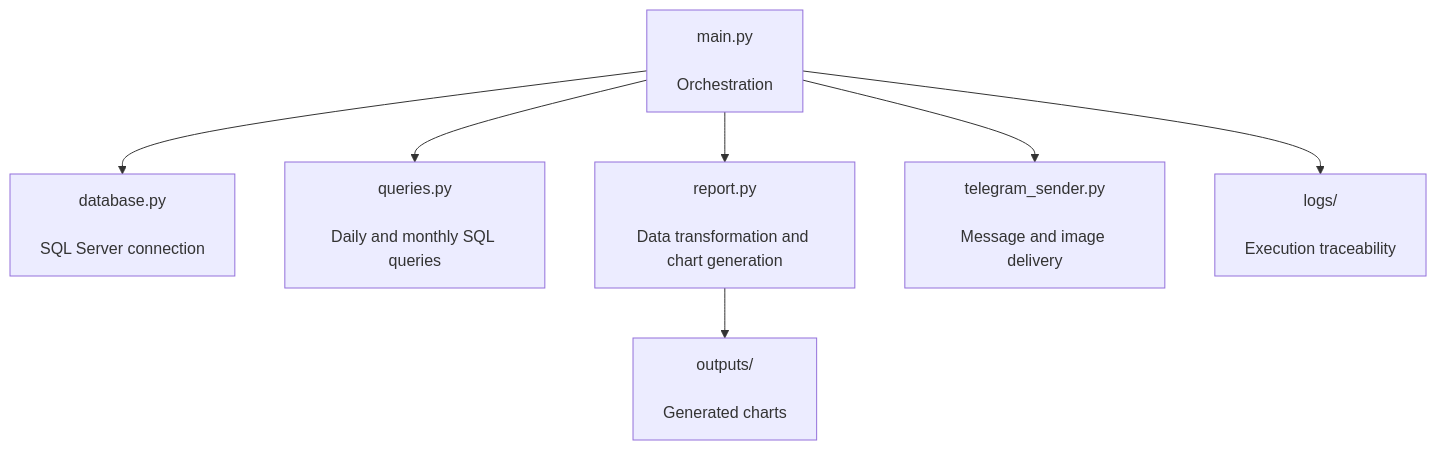
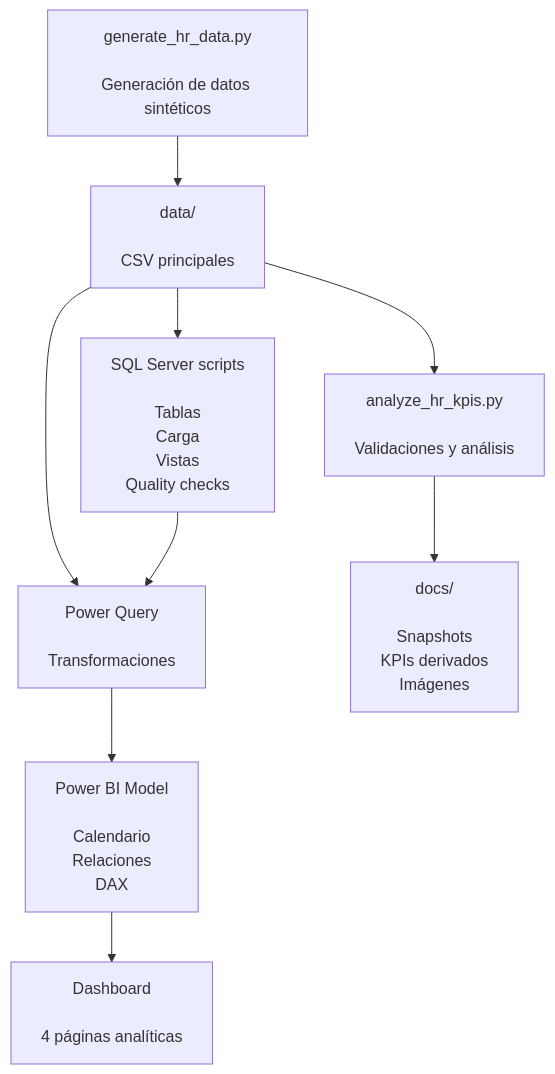
Before and after one commit to darwincamacho/call-center-telegram-reporting-automation: the second of 2 diagrams in README.md, drawn with Mermaid. The commit also changed other lines of this file, not shown here.

````diff
--- a/README.md
+++ b/README.md
@@ -128,17 +305,20 @@
 ```mermaid
 flowchart TD
-    A["main.py<br/><br/>Orchestration"]
-    B["database.py<br/><br/>SQL Server connection"]
-    C["queries.py<br/><br/>Daily and monthly SQL queries"]
-    D["report.py<br/><br/>Data transformation and chart generation"]
-    E["telegram_sender.py<br/><br/>Message and image delivery"]
-    F["logs/<br/><br/>Execution traceability"]
-    G["outputs/<br/><br/>Generated charts"]
+    A["generate_hr_data.py<br/><br/>Generación de datos sintéticos"]
+    B["analyze_hr_kpis.py<br/><br/>Validaciones y análisis"]
+    C["data/<br/><br/>CSV principales"]
+    D["SQL Server scripts<br/><br/>Tablas<br/>Carga<br/>Vistas<br/>Quality checks"]
+    E["Power Query<br/><br/>Transformaciones"]
+    F["Power BI Model<br/><br/>Calendario<br/>Relaciones<br/>DAX"]
+    G["Dashboard<br/><br/>4 páginas analíticas"]
+    H["docs/<br/><br/>Snapshots<br/>KPIs derivados<br/>Imágenes"]
 
-    A --> B
     A --> C
-    A --> D
-    A --> E
-    D --> G
-    A --> F
+    C --> B
+    B --> H
+    C --> D
+    C --> E
+    D --> E
+    E --> F
+    F --> G
 ```
````
